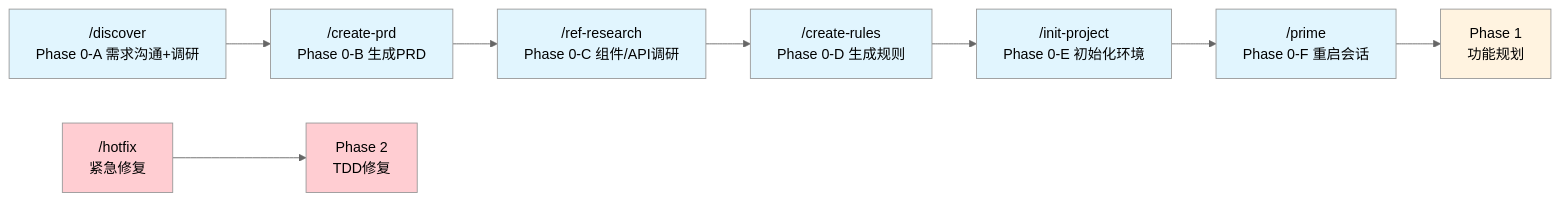
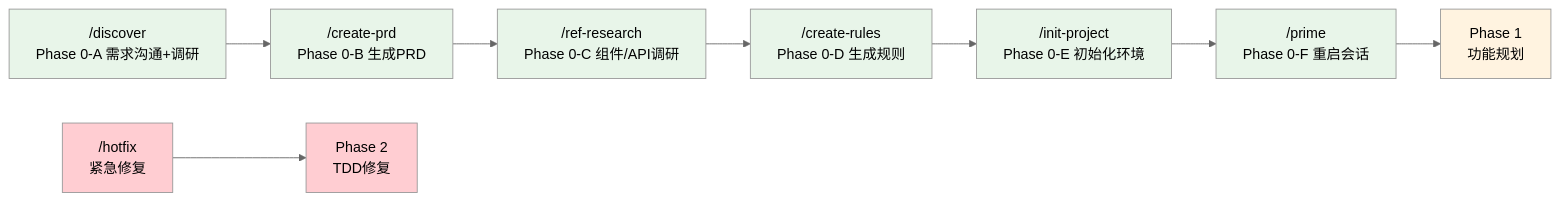
The first of 2 diagrams in .claude/WORKFLOW.md (cham-space/AICAM), drawn with Mermaid (neutral theme) before and after one commit. The commit also changed other lines of this file and 25 other files, not shown here.

First line of the commit message:
feat(workflow): upgrade to v2.0.0 with four-layer architecture and evolution system

````diff
--- a/.claude/WORKFLOW.md
+++ b/.claude/WORKFLOW.md
@@ -108,20 +169,20 @@
 ```mermaid
 graph LR
     A["/discover\nPhase 0-A 需求沟通+调研"] --> B["/create-prd\nPhase 0-B 生成PRD"]
     B --> C["/ref-research\nPhase 0-C 组件/API调研"]
     C --> D["/create-rules\nPhase 0-D 生成规则"]
     D --> E["/init-project\nPhase 0-E 初始化环境"]
     E --> F["/prime\nPhase 0-F 重启会话"]
     F --> G["Phase 1\n功能规划"]
     H["/hotfix\n紧急修复"] --> I["Phase 2\nTDD修复"]
 
-    style A fill:#e1f5fe
-    style B fill:#e1f5fe
-    style C fill:#e1f5fe
-    style D fill:#e1f5fe
-    style E fill:#e1f5fe
-    style F fill:#e1f5fe
+    style A fill:#e8f5e9
+    style B fill:#e8f5e9
+    style C fill:#e8f5e9
+    style D fill:#e8f5e9
+    style E fill:#e8f5e9
+    style F fill:#e8f5e9
     style G fill:#fff3e0
     style H fill:#ffcdd2
     style I fill:#ffcdd2
 ```
````
